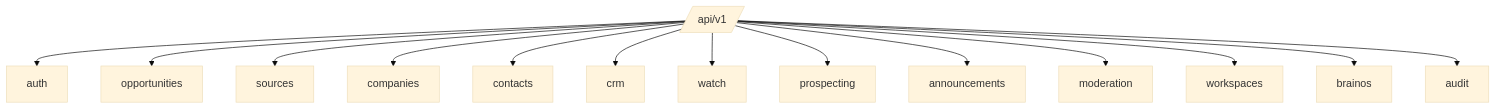
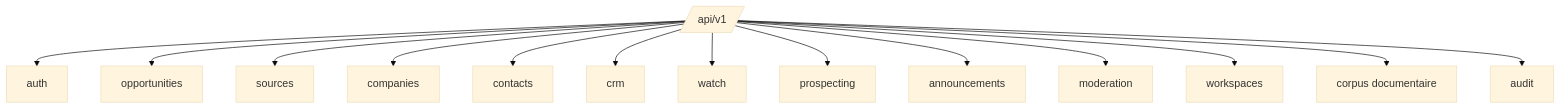
One commit to Chexpeer/Majestios changed the sixth of 7 diagrams in docs/evolution-3.0/ARCHITECTURE-API-CIBLE.md. Above: the diagram before and after it, drawn with Mermaid (base theme). The commit also changed other lines of this file and 30 other files, not shown here.

````diff
--- a/docs/evolution-3.0/ARCHITECTURE-API-CIBLE.md
+++ b/docs/evolution-3.0/ARCHITECTURE-API-CIBLE.md
@@ -400,31 +400,31 @@
 ```mermaid
 flowchart TB
     API[/api/v1/]
     AUTH[auth]
     OPP[opportunities]
     SRC[sources]
     COMP[companies]
     CONTACTS[contacts]
     CRM[crm]
     WATCH[watch]
     PROS[prospecting]
     ANN[announcements]
     MOD[moderation]
     WORK[workspaces]
-    BRAIN[brainos]
+    KNOWLEDGE[corpus documentaire]
     AUDIT[audit]
 
     API --> AUTH
     API --> OPP
     API --> SRC
     API --> COMP
     API --> CONTACTS
     API --> CRM
     API --> WATCH
     API --> PROS
     API --> ANN
     API --> MOD
     API --> WORK
-    API --> BRAIN
+    API --> KNOWLEDGE
     API --> AUDIT
 ```
````
